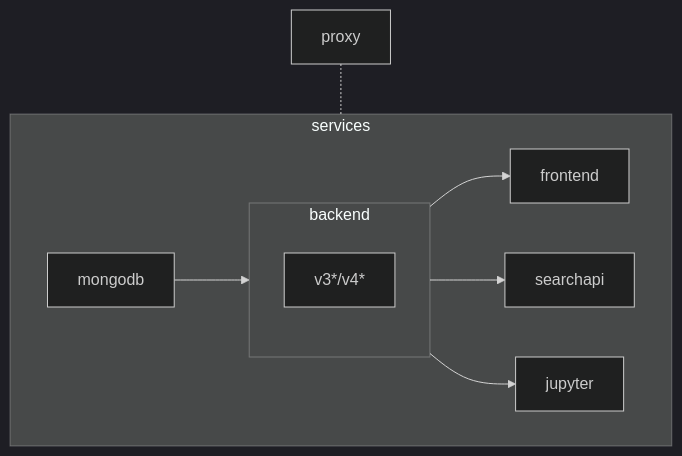
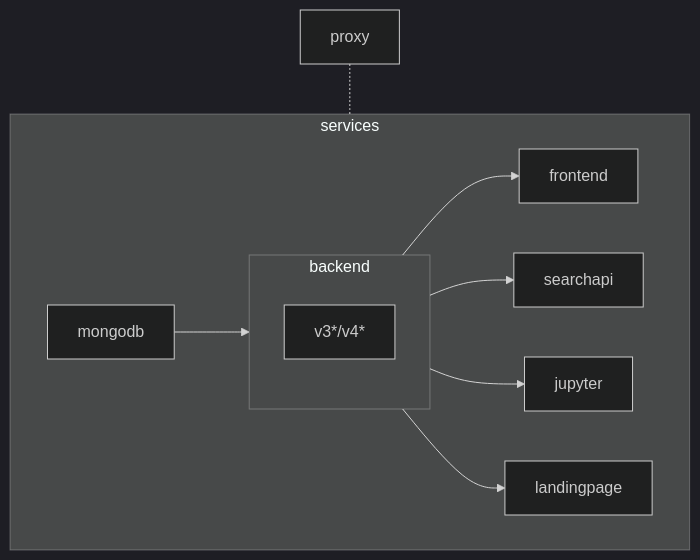
Before and after one commit to SciCatProject/scicatlive: the diagram in README.md, drawn with Mermaid (dark theme).

Commit message:
Update README.md
add lp to dependencies diagram

````diff
--- a/README.md
+++ b/README.md
@@ -80,14 +80,15 @@
 ```mermaid
 graph TD
    subgraph services
       subgraph backend
          backends[v3*/v4*]
       end
       mongodb --> backend
       backend --> frontend
       backend --> searchapi
       backend --> jupyter
+      backend --> landingpage
    end
 
    proxy -.- services
 ```
````
